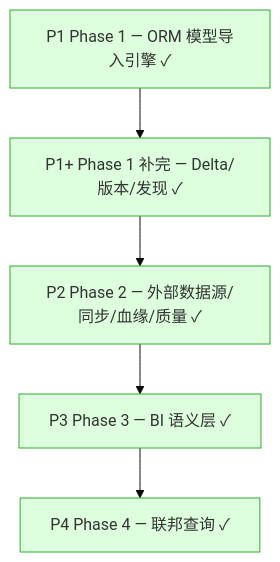
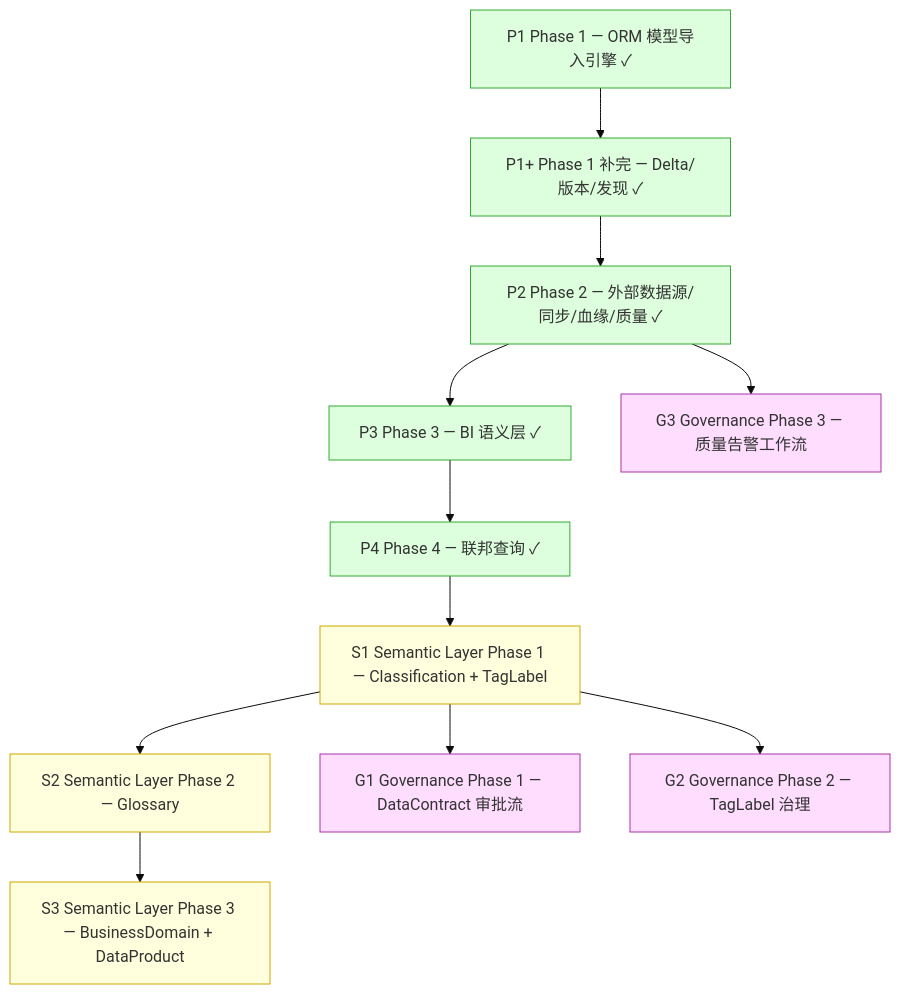
The diagram in ai-dev/design/nop-metadata/nop-metadata-roadmap.md (entropy-cloud/nop-entropy), drawn with Mermaid (base theme) before and after one commit. The commit also changed other lines of this file and 11 other files, not shown here.

First line of the commit message:
docs(nop-metadata): plan-2026-07-20 docs/log/roadmap update

````diff
--- a/ai-dev/design/nop-metadata/nop-metadata-roadmap.md
+++ b/ai-dev/design/nop-metadata/nop-metadata-roadmap.md
@@ -170,19 +252,38 @@
 ```mermaid
 graph TD
     P1["P1 Phase 1 — ORM 模型导入引擎 ✓"]
     P1P["P1+ Phase 1 补完 — Delta/版本/发现 ✓"]
     P2["P2 Phase 2 — 外部数据源/同步/血缘/质量 ✓"]
     P3["P3 Phase 3 — BI 语义层 ✓"]
     P4["P4 Phase 4 — 联邦查询 ✓"]
+    S1["S1 Semantic Layer Phase 1 — Classification + TagLabel"]
+    S2["S2 Semantic Layer Phase 2 — Glossary"]
+    S3["S3 Semantic Layer Phase 3 — BusinessDomain + DataProduct"]
+    G1["G1 Governance Phase 1 — DataContract 审批流"]
+    G2["G2 Governance Phase 2 — TagLabel 治理"]
+    G3["G3 Governance Phase 3 — 质量告警工作流"]
 
     P1 --> P1P
     P1P --> P2
     P2 --> P3
     P3 --> P4
 
+    P4 --> S1
+    S1 --> S2
+    S1 --> G1
+    S1 --> G2
+    S2 --> S3
+    P2 --> G3
+
     style P1 fill:#dfd,stroke:#3a3
     style P1P fill:#dfd,stroke:#3a3
     style P2 fill:#dfd,stroke:#3a3
     style P3 fill:#dfd,stroke:#3a3
     style P4 fill:#dfd,stroke:#3a3
+    style S1 fill:#ffd,stroke:#ca0
+    style S2 fill:#ffd,stroke:#ca0
+    style S3 fill:#ffd,stroke:#ca0
+    style G1 fill:#fdf,stroke:#a3a
+    style G2 fill:#fdf,stroke:#a3a
+    style G3 fill:#fdf,stroke:#a3a
 ```
````
